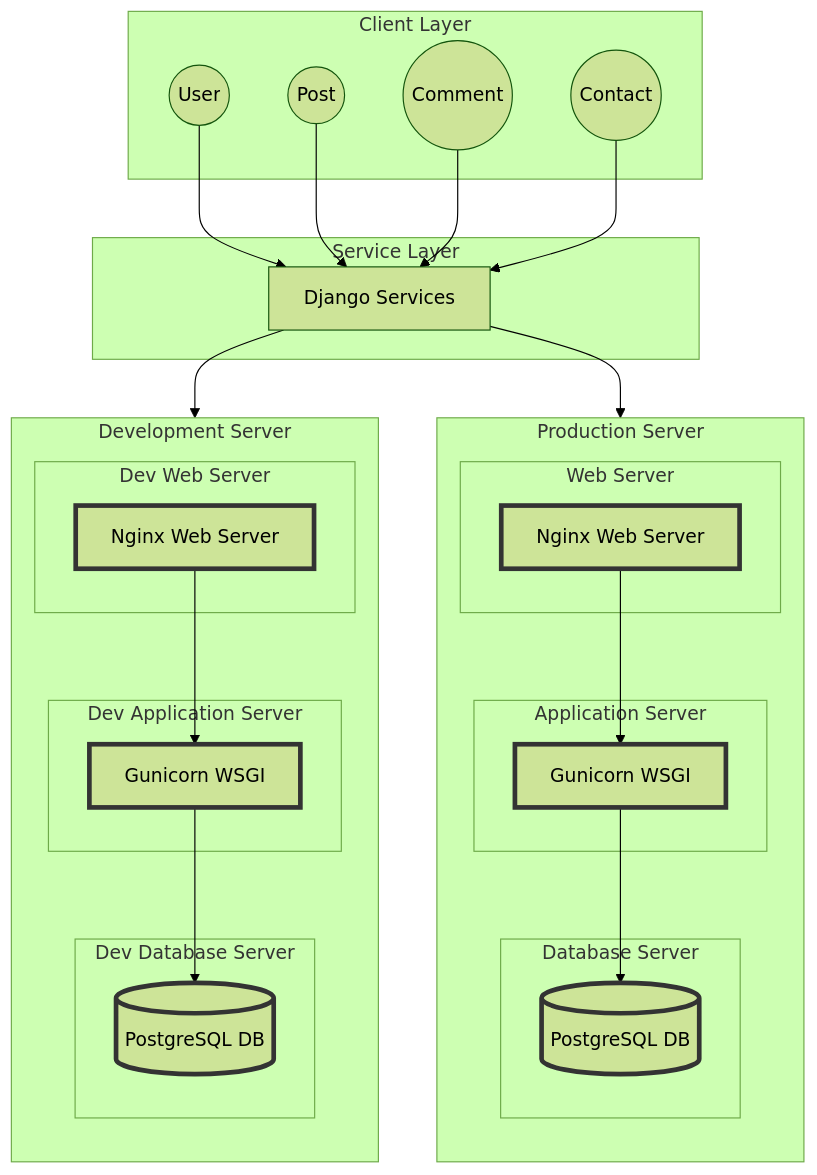
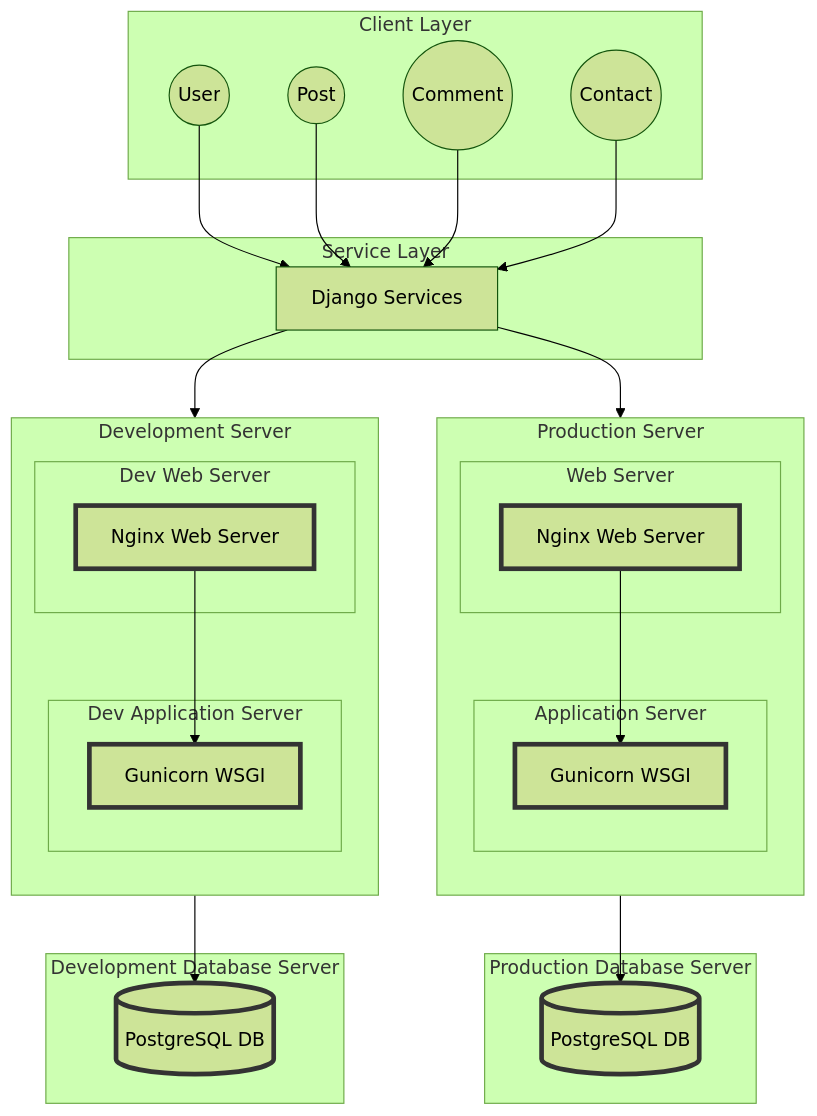
One commit to potatoto-s/BE changed the diagram in README.md. Above: the diagram before and after it, drawn with Mermaid (forest theme).

Commit message:
readme DB 수정

````diff
--- a/README.md
+++ b/README.md
@@ -89,63 +89,63 @@
 ```mermaid
 graph TB
     subgraph Client Layer
         User((User))
         Post((Post))
         Comment((Comment))
         Contact((Contact))
     end
 
     subgraph Service Layer
         Django[Django Services]
     end
 
     subgraph Production Server
         direction TB
         subgraph Web Server
             Nginx[Nginx Web Server]
         end
         
         subgraph Application Server
             Gunicorn[Gunicorn WSGI]
         end
-        
-        subgraph Database Server
-            PostgreSQL[(PostgreSQL DB)]
-        end
+    end
+
+    subgraph Production Database Server
+        PostgreSQL[(PostgreSQL DB)]
     end
 
     subgraph Development Server
         direction TB
         subgraph Dev Web Server
             DevNginx[Nginx Web Server]
         end
         
         subgraph Dev Application Server
             DevGunicorn[Gunicorn WSGI]
         end
-        
-        subgraph Dev Database Server
-            DevDB[(PostgreSQL DB)]
-        end
+    end
+
+    subgraph Development Database Server
+        DevDB[(PostgreSQL DB)]
     end
 
     User --> Django
     Post --> Django
     Comment --> Django
     Contact --> Django
 
     %% Production Flow
     Django --> Nginx
     Nginx --> Gunicorn
     Gunicorn --> PostgreSQL
 
     %% Development Flow
     Django --> DevNginx
     DevNginx --> DevGunicorn
     DevGunicorn --> DevDB
 
     classDef server stroke:#333,stroke-width:4px
     classDef database stroke:#333,stroke-width:4px
     class Nginx,Gunicorn,DevNginx,DevGunicorn server
     class PostgreSQL,DevDB database
 ```
````
